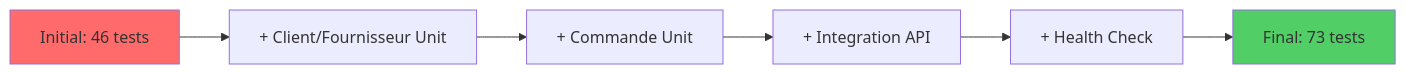
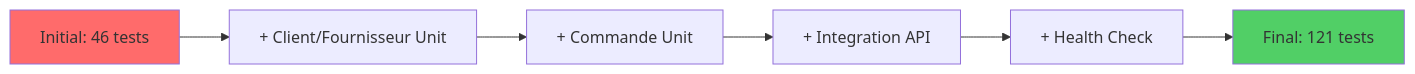
One commit to HugoRytlewski/AdvancedDevSampleFinal changed the second of 2 diagrams in docs/sonarcloud.md. Above: the diagram before and after it, drawn with Mermaid. The commit also changed other lines of this file, not shown here.

````diff
--- a/docs/sonarcloud.md
+++ b/docs/sonarcloud.md
@@ -86,11 +86,11 @@
 ```mermaid
 graph LR
     A[Initial: 46 tests] --> B[+ Client/Fournisseur Unit]
     B --> C[+ Commande Unit]
     C --> D[+ Integration API]
     D --> E[+ Health Check]
-    E --> F[Final: 73 tests]
+    E --> F[Final: 121 tests]
     
     style A fill:#ff6b6b
     style F fill:#51cf66
 ```
````
